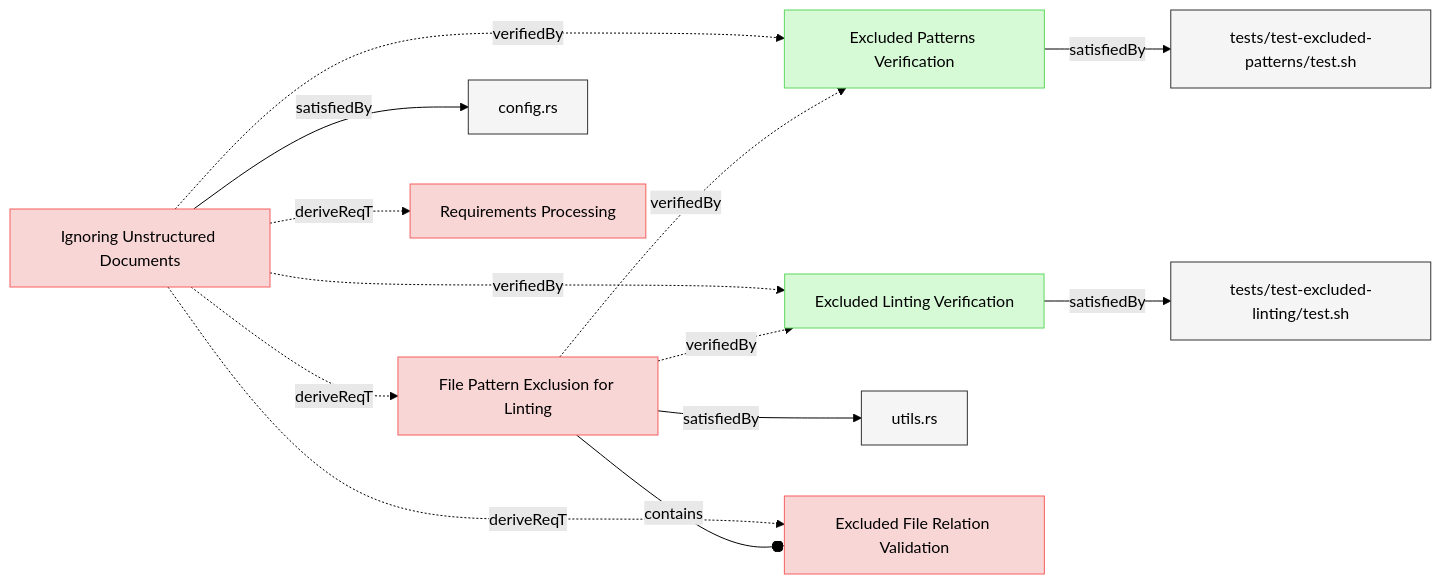
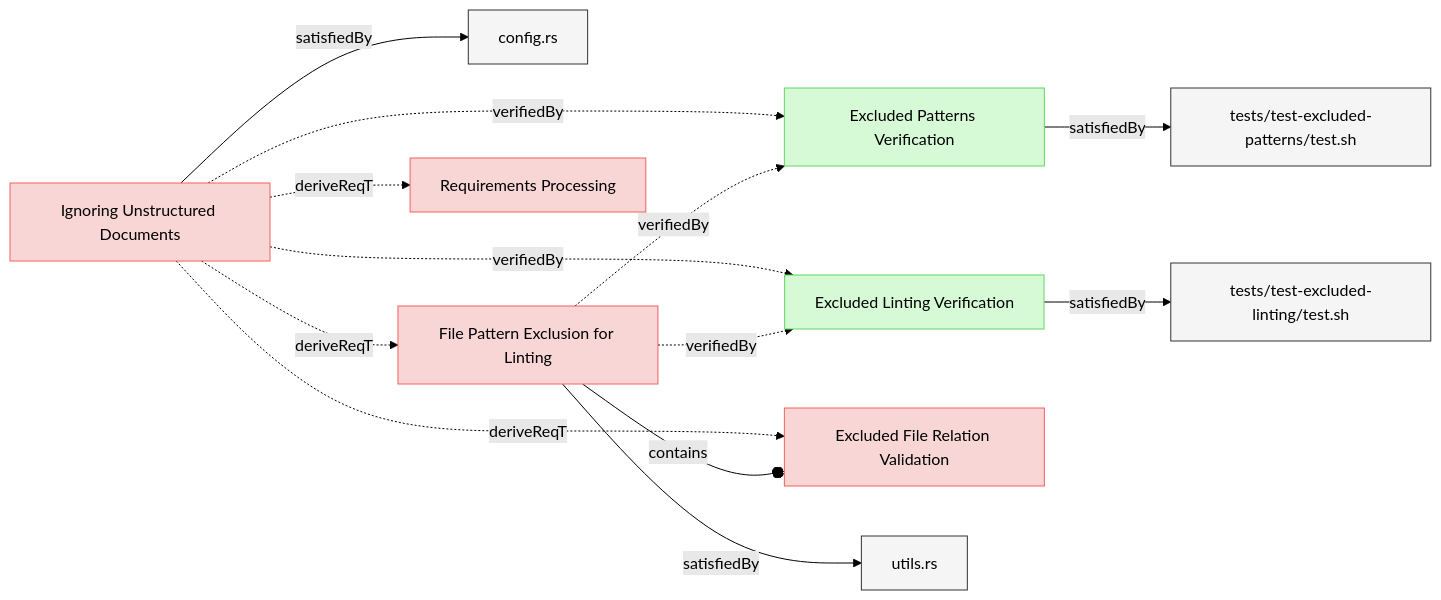
One commit to reqvire-org/reqvire changed the third of 3 diagrams in specifications/Verifications/LintingTests.md. Above: the diagram before and after it, drawn with Mermaid (forest theme). The commit also changed other lines of this file and 64 other files, not shown here.

````diff
--- a/specifications/Verifications/LintingTests.md
+++ b/specifications/Verifications/LintingTests.md
@@ -269,52 +269,52 @@
 ```mermaid
 graph LR;
   %% REQVIRE-AUTOGENERATED-DIAGRAM
   %% Graph styling
   classDef requirement fill:#f9d6d6,stroke:#f55f5f,stroke-width:1px;
   classDef verification fill:#d6f9d6,stroke:#5fd75f,stroke-width:1px;
   classDef externalLink fill:#d0e0ff,stroke:#3080ff,stroke-width:1px;
   classDef default fill:#f5f5f5,stroke:#333333,stroke-width:1px;
 
   590a4cc1c558992f["Excluded Patterns Verification"];
   class 590a4cc1c558992f verification;
   click 590a4cc1c558992f "LintingTests.md#excluded-patterns-verification";
   a29e69e90fa71f39["tests/test-excluded-patterns/test.sh"];
   class a29e69e90fa71f39 default;
   click a29e69e90fa71f39 "../../tests/test-excluded-patterns/test.sh";
   590a4cc1c558992f -->|satisfiedBy| a29e69e90fa71f39;
   71b5a1d5e278aa8e["Excluded Linting Verification"];
   class 71b5a1d5e278aa8e verification;
   click 71b5a1d5e278aa8e "LintingTests.md#excluded-linting-verification";
   de8bc63ebb2a09e7["tests/test-excluded-linting/test.sh"];
   class de8bc63ebb2a09e7 default;
   click de8bc63ebb2a09e7 "../../tests/test-excluded-linting/test.sh";
   71b5a1d5e278aa8e -->|satisfiedBy| de8bc63ebb2a09e7;
-  bef37c31db69b66a["File Pattern Exclusion for Linting"];
-  class bef37c31db69b66a requirement;
-  click bef37c31db69b66a "../SystemRequirements/Requirements.md#file-pattern-exclusion-for-linting";
-  ce2625feec883e55["utils.rs"];
-  class ce2625feec883e55 default;
-  click ce2625feec883e55 "../../core/src/utils.rs";
-  bef37c31db69b66a -->|satisfiedBy| ce2625feec883e55;
-  bef37c31db69b66a -.->|verifiedBy| 590a4cc1c558992f;
-  bef37c31db69b66a -.->|verifiedBy| 71b5a1d5e278aa8e;
-  929c6c204cb3fedb["Excluded File Relation Validation"];
-  class 929c6c204cb3fedb requirement;
-  click 929c6c204cb3fedb "../SystemRequirements/Requirements.md#excluded-file-relation-validation";
-  bef37c31db69b66a --o|contains| 929c6c204cb3fedb;
   be83c2991e9535c7["Ignoring Unstructured Documents"];
   class be83c2991e9535c7 requirement;
   click be83c2991e9535c7 "../SystemRequirements/Requirements.md#ignoring-unstructured-documents";
   8419dcc77d92b609["config.rs"];
   class 8419dcc77d92b609 default;
   click 8419dcc77d92b609 "../../cli/src/config.rs";
   be83c2991e9535c7 -->|satisfiedBy| 8419dcc77d92b609;
+  be83c2991e9535c7 -.->|verifiedBy| 590a4cc1c558992f;
+  929c6c204cb3fedb["Excluded File Relation Validation"];
+  class 929c6c204cb3fedb requirement;
+  click 929c6c204cb3fedb "../SystemRequirements/Requirements.md#excluded-file-relation-validation";
+  be83c2991e9535c7 -.->|deriveReqT| 929c6c204cb3fedb;
+  be83c2991e9535c7 -.->|verifiedBy| 71b5a1d5e278aa8e;
+  bef37c31db69b66a["File Pattern Exclusion for Linting"];
+  class bef37c31db69b66a requirement;
+  click bef37c31db69b66a "../SystemRequirements/Requirements.md#file-pattern-exclusion-for-linting";
   be83c2991e9535c7 -.->|deriveReqT| bef37c31db69b66a;
-  be83c2991e9535c7 -.->|verifiedBy| 590a4cc1c558992f;
-  be83c2991e9535c7 -.->|verifiedBy| 71b5a1d5e278aa8e;
   bed8d0948b3e5ccd["Requirements Processing"];
   class bed8d0948b3e5ccd requirement;
   click bed8d0948b3e5ccd "../SystemRequirements/Requirements.md#requirements-processing";
   be83c2991e9535c7 -.->|deriveReqT| bed8d0948b3e5ccd;
-  be83c2991e9535c7 -.->|deriveReqT| 929c6c204cb3fedb;
+  ce2625feec883e55["utils.rs"];
+  class ce2625feec883e55 default;
+  click ce2625feec883e55 "../../core/src/utils.rs";
+  bef37c31db69b66a -->|satisfiedBy| ce2625feec883e55;
+  bef37c31db69b66a -.->|verifiedBy| 590a4cc1c558992f;
+  bef37c31db69b66a --o|contains| 929c6c204cb3fedb;
+  bef37c31db69b66a -.->|verifiedBy| 71b5a1d5e278aa8e;
 ```
````
